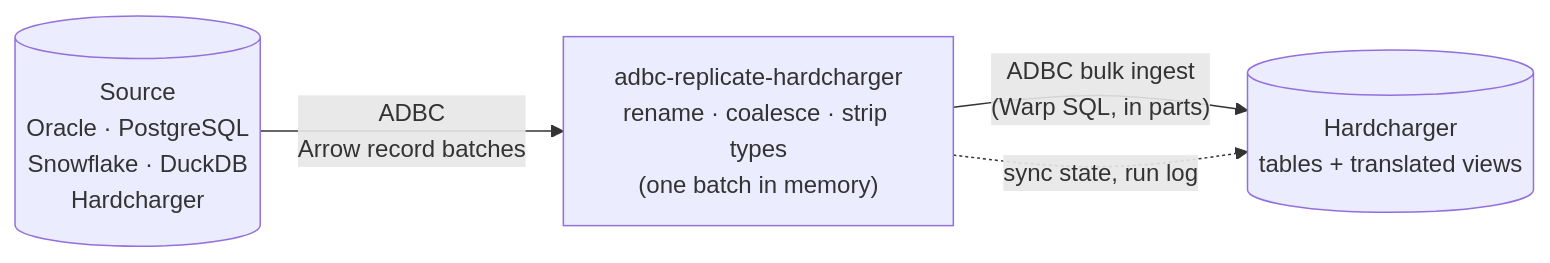
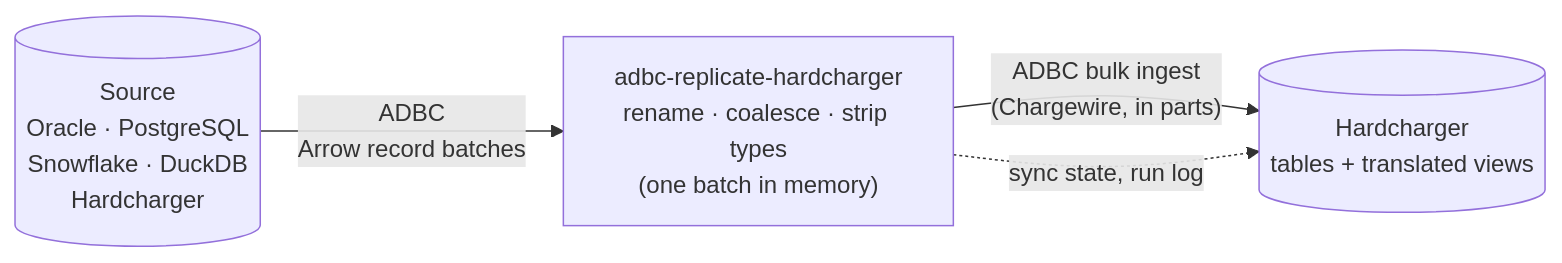
The diagram in README.md (gizmodata/adbc-replicate-hardcharger), drawn with Mermaid before and after one commit. The commit also changed other lines of this file and 9 other files, not shown here.

````diff
--- a/README.md
+++ b/README.md
@@ -31,6 +31,6 @@
 ```mermaid
 flowchart LR
     S[("Source<br/>Oracle · PostgreSQL<br/>Snowflake · DuckDB<br/>Hardcharger")] -- "ADBC<br/>Arrow record batches" --> R["adbc-replicate-hardcharger<br/>rename · coalesce · strip types<br/>(one batch in memory)"]
-    R -- "ADBC bulk ingest<br/>(Warp SQL, in parts)" --> T[("Hardcharger<br/>tables + translated views")]
+    R -- "ADBC bulk ingest<br/>(Chargewire, in parts)" --> T[("Hardcharger<br/>tables + translated views")]
     R -. "sync state, run log" .-> T
 ```
````
